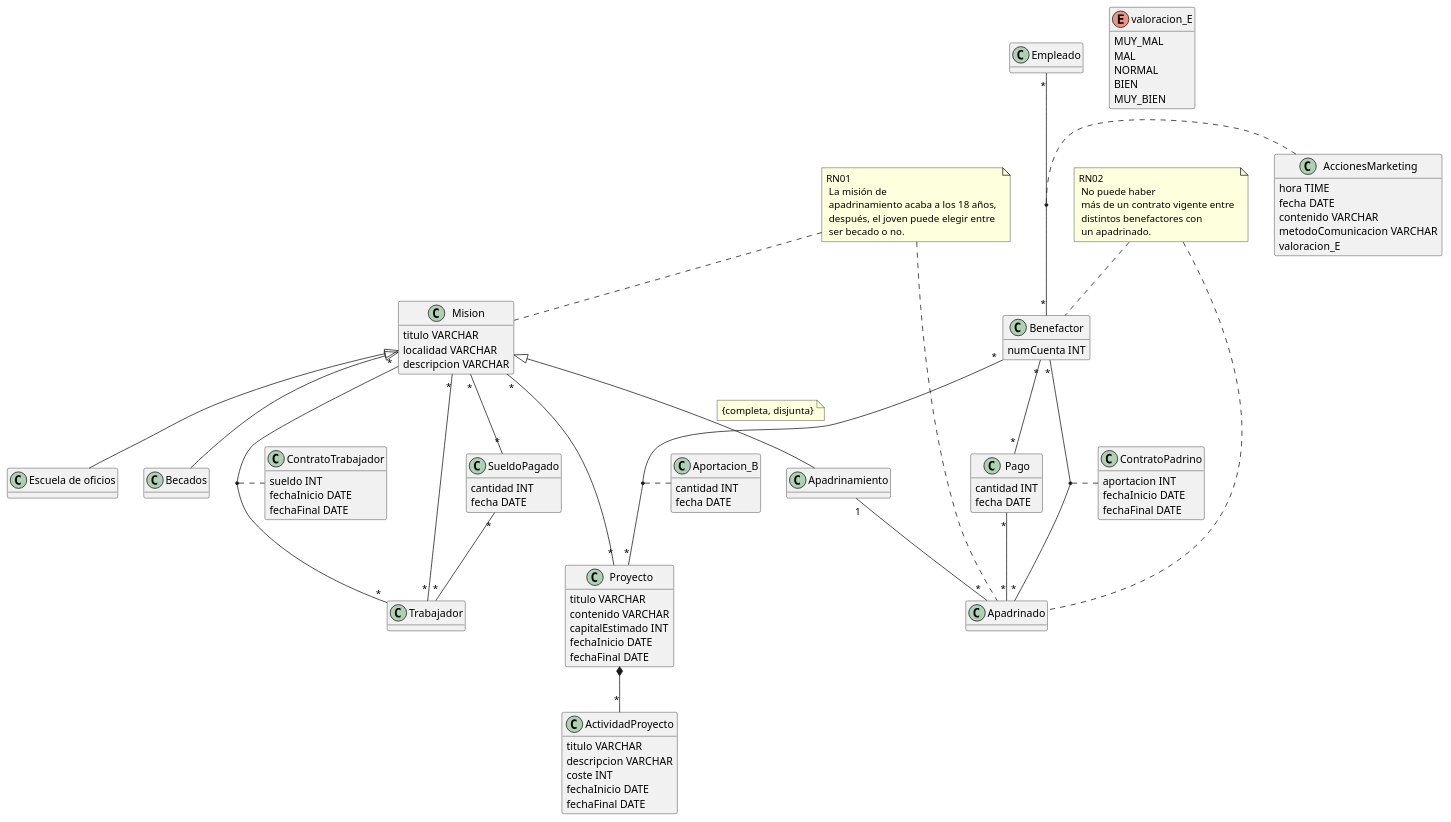
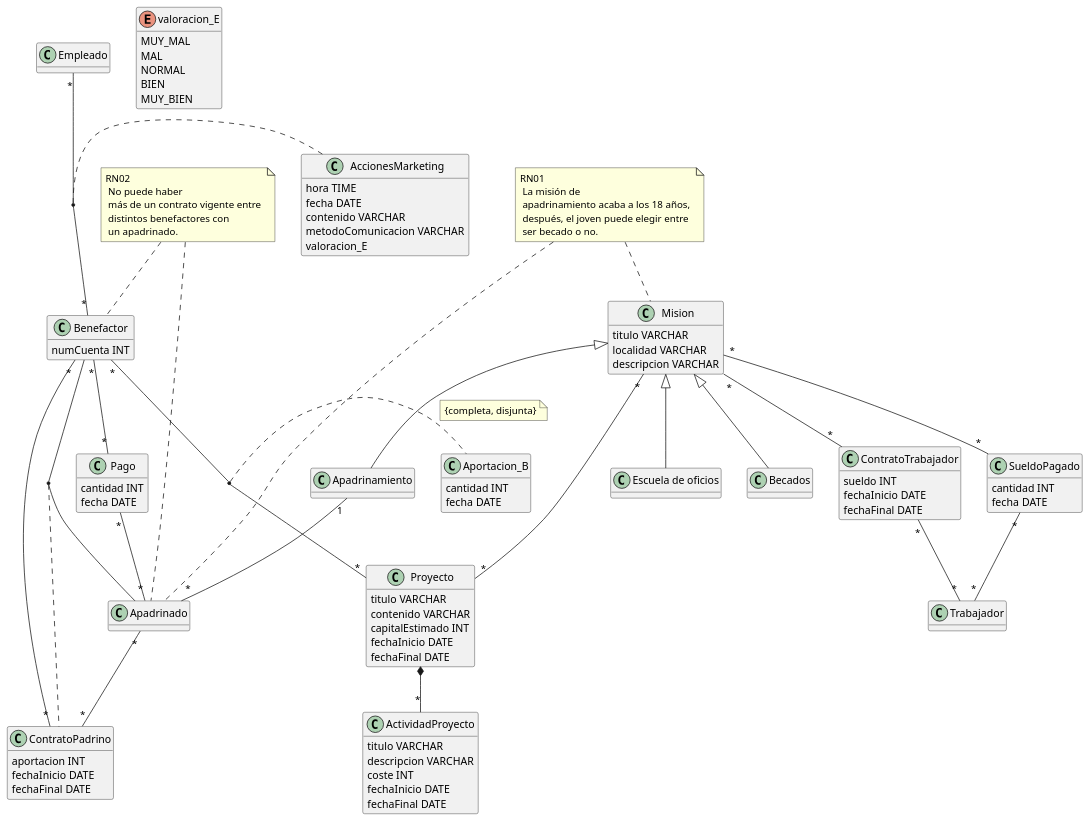
One commit to albporfer1-64/Grupo_Proyecto_DB changed the diagram in modelo_conceptual /económico.puml. Above: the diagram before and after it, drawn with PlantUML. The commit also changed 3 other files, not shown here.

```diff
--- a/modelo_conceptual /económico.puml
+++ b/modelo_conceptual /económico.puml
@@ -1,144 +1,144 @@
 @startuml hola
 hide methods
 skinparam classAttributeIconSize 0
 
 class Proyecto{
     titulo VARCHAR
     contenido VARCHAR
     capitalEstimado INT
     fechaInicio DATE
     fechaFinal DATE
 }
 
 class ActividadProyecto{
     titulo VARCHAR
     descripcion VARCHAR
     coste INT
     fechaInicio DATE
     fechaFinal DATE
 }
 
 class Mision{
     titulo VARCHAR
     localidad VARCHAR
     descripcion VARCHAR
 }
 
 class "Escuela de oficios" as EscuelaDeOficios{
     
 }
 
 class Becados{
 }
 
 
 class Apadrinamiento{
 }
 
 'Lo que viene a continuacion es para la estetica del diagrama:
 EscuelaDeOficios -[hidden]right- Becados
 Becados -[hidden]right- Apadrinamiento
 
 Mision "*"--"*" Proyecto
 Mision "*"--"*" SueldoPagado
 SueldoPagado "*"--"*" Trabajador
-Mision "*"--"*" Trabajador
-Mision "*"--"*" Trabajador
+Mision "*"--"*" ContratoTrabajador
+ContratoTrabajador "*"--"*" Trabajador
 Proyecto *--"*" ActividadProyecto
 
 'Subclases de Mision:
 Mision <|-- EscuelaDeOficios
 Mision <|-- Becados
 Mision <|-- Apadrinamiento
 
 'Restricción de cobertura:
 note on link : {completa, disjunta}
 
 class Apadrinado{
 }
 
 
 class Aportacion_B{
     cantidad INT
     fecha DATE
 }
 
 class AccionesMarketing {
     hora TIME
     fecha DATE
     contenido VARCHAR
     metodoComunicacion VARCHAR
     valoracion_E
 }
 
 enum valoracion_E{
     MUY_MAL
     MAL
     NORMAL
     BIEN
     MUY_BIEN
 }
 
 class Benefactor{ 
     numCuenta INT
 }
 
 class Empleado{
 }
 
 class Trabajador{
 }
 
 class ContratoTrabajador{
     sueldo INT
     fechaInicio DATE
     fechaFinal DATE
 }
 
 class Pago{
     cantidad INT
     fecha DATE
 }
 
 class ContratoPadrino{
     aportacion INT
     fechaInicio DATE
     fechaFinal DATE
 }
 
 class SueldoPagado{
     cantidad INT
     fecha DATE
 }
 
 
 Apadrinamiento "1"--"*" Apadrinado
 Benefactor "*"--"*" Pago
 Pago "*"--"*" Apadrinado
-Benefactor "*"--"*" Apadrinado
+Benefactor "*"--"*" ContratoPadrino
+Apadrinado "*"--"*" ContratoPadrino
 Benefactor "*"--"*" Proyecto
 
 Empleado "*"--"*"Benefactor
 
 
 (Empleado, Benefactor) .. AccionesMarketing
-(Trabajador, Mision) .. ContratoTrabajador
 (Benefactor, Proyecto) .. Aportacion_B
 (Benefactor, Apadrinado) .. ContratoPadrino
 
 'Regla de negocio 01:
 note "RN01\n La misión de \n apadrinamiento acaba a los 18 años, \n después, el joven puede elegir entre \n ser becado o no." as RN01
 RN01 .. Mision
 RN01 .. Apadrinado
 
 'Regla de negocio 02:
 note "RN02\n No puede haber \n más de un contrato vigente entre \n distintos benefactores con \n un apadrinado." as RN02
 RN02 .. Benefactor
 RN02 .. Apadrinado
 
 
 
 'Lo que viene a continuacion es para la estetica del diagrama:
 Apadrinamiento -[hidden]right- EscuelaDeOficios
 EscuelaDeOficios -[hidden]right- Becados
 @enduml
```
